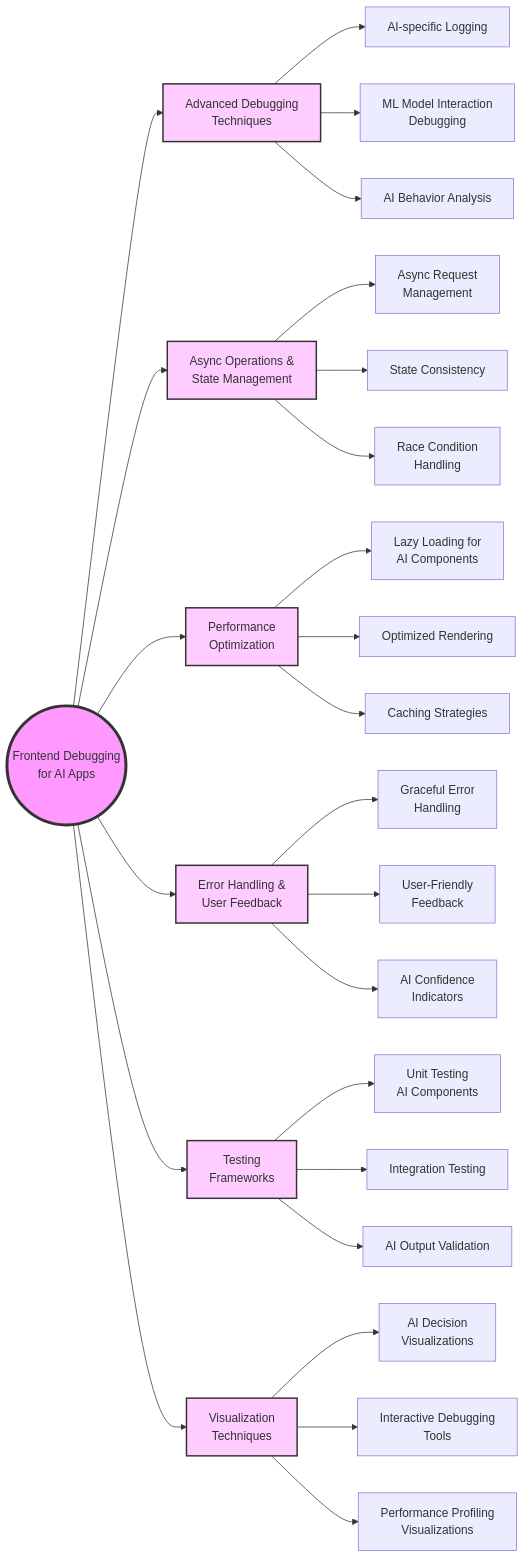
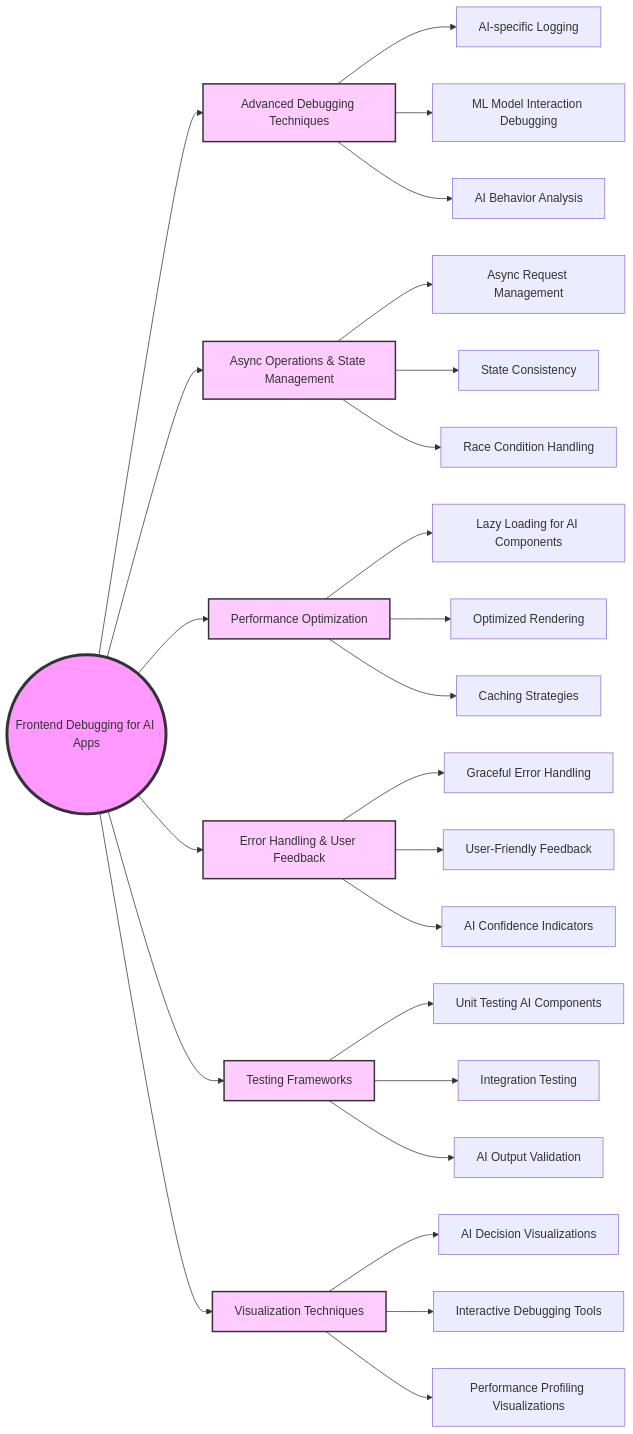
One commit to chenxingqiang/llm-course-chen changed the second of 2 diagrams in notebooks/md/lesson_19_Frontend_Web_Page_Debugging.md. Above: the diagram before and after it, drawn with Mermaid. The commit also changed 216 other files, not shown here.

````diff
--- a/notebooks/md/lesson_19_Frontend_Web_Page_Debugging.md
+++ b/notebooks/md/lesson_19_Frontend_Web_Page_Debugging.md
@@ -332,45 +332,45 @@
 ```mermaid
 graph LR
-    A(("Frontend Debugging<br/>for AI Apps"))
+    A(("Frontend Debugging for AI Apps"))
     
-    B["Advanced Debugging<br/>Techniques"]
-    C["Async Operations &<br/>State Management"]
-    D["Performance<br/>Optimization"]
-    E["Error Handling &<br/>User Feedback"]
-    F["Testing<br/>Frameworks"]
-    G["Visualization<br/>Techniques"]
+    B["Advanced Debugging Techniques"]
+    C["Async Operations & State Management"]
+    D["Performance Optimization"]
+    E["Error Handling & User Feedback"]
+    F["Testing Frameworks"]
+    G["Visualization Techniques"]
     
     A --> B & C & D & E & F & G
     
     B --> B1["AI-specific Logging"]
-    B --> B2["ML Model Interaction<br/>Debugging"]
+    B --> B2["ML Model Interaction Debugging"]
     B --> B3["AI Behavior Analysis"]
     
-    C --> C1["Async Request<br/>Management"]
+    C --> C1["Async Request Management"]
     C --> C2["State Consistency"]
-    C --> C3["Race Condition<br/>Handling"]
+    C --> C3["Race Condition Handling"]
     
-    D --> D1["Lazy Loading for<br/>AI Components"]
+    D --> D1["Lazy Loading for AI Components"]
     D --> D2["Optimized Rendering"]
     D --> D3["Caching Strategies"]
     
-    E --> E1["Graceful Error<br/>Handling"]
-    E --> E2["User-Friendly<br/>Feedback"]
-    E --> E3["AI Confidence<br/>Indicators"]
+    E --> E1["Graceful Error Handling"]
+    E --> E2["User-Friendly Feedback"]
+    E --> E3["AI Confidence Indicators"]
     
-    F --> F1["Unit Testing<br/>AI Components"]
+    F --> F1["Unit Testing AI Components"]
     F --> F2["Integration Testing"]
     F --> F3["AI Output Validation"]
     
-    G --> G1["AI Decision<br/>Visualizations"]
-    G --> G2["Interactive Debugging<br/>Tools"]
-    G --> G3["Performance Profiling<br/>Visualizations"]
+    G --> G1["AI Decision Visualizations"]
+    G --> G2["Interactive Debugging Tools"]
+    G --> G3["Performance Profiling Visualizations"]
 
     style A fill:#f9f,stroke:#333,stroke-width:4px
     style B fill:#fcf,stroke:#333,stroke-width:2px
     style C fill:#fcf,stroke:#333,stroke-width:2px
     style D fill:#fcf,stroke:#333,stroke-width:2px
     style E fill:#fcf,stroke:#333,stroke-width:2px
     style F fill:#fcf,stroke:#333,stroke-width:2px
     style G fill:#fcf,stroke:#333,stroke-width:2px
 ```
````
